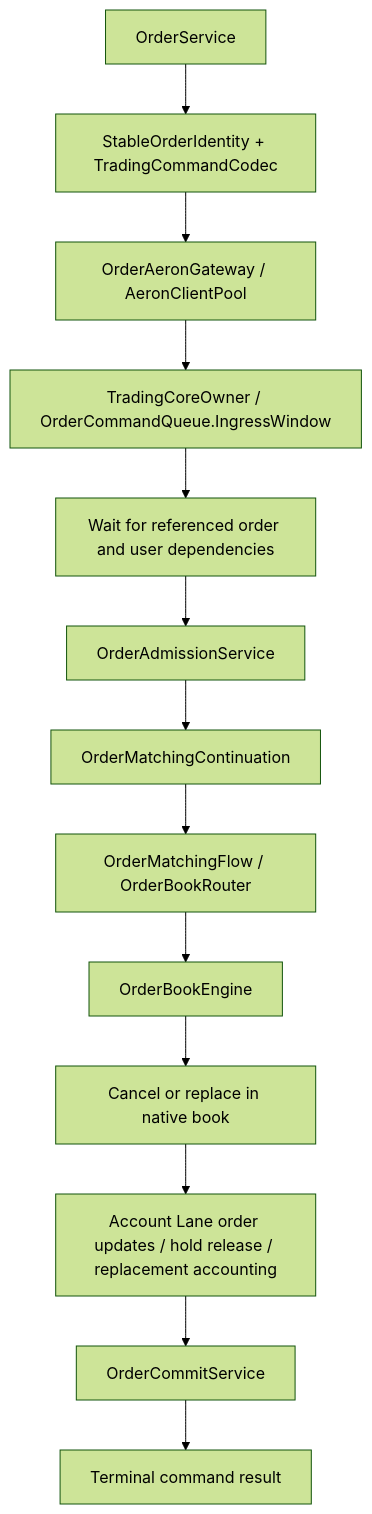
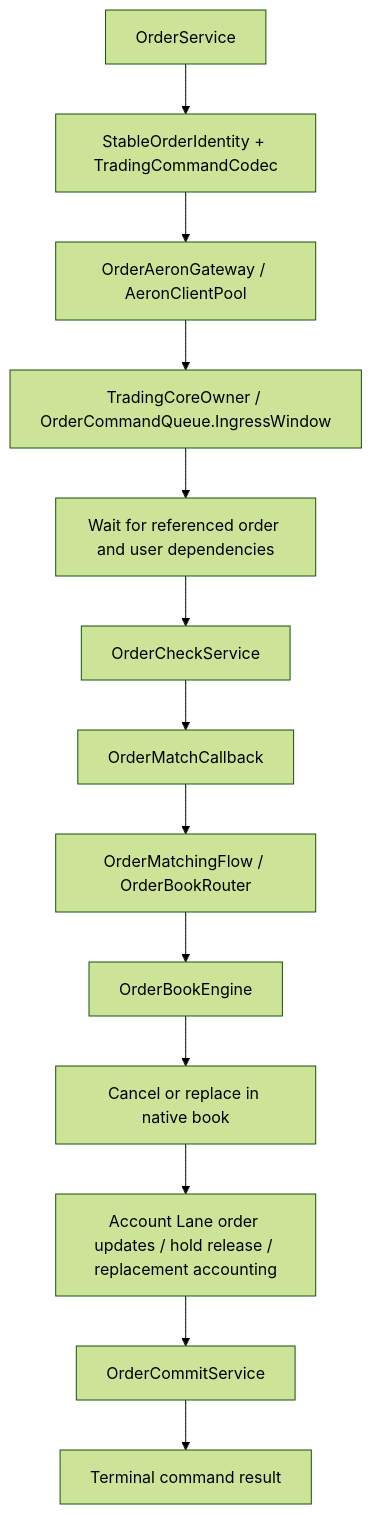
One commit to lilaizhencn/surprising-ex changed the fifth of 15 diagrams in README.md. Above: the diagram before and after it, drawn with Mermaid (forest theme). The commit also changed other lines of this file and 329 other files, not shown here.

````diff
--- a/README.md
+++ b/README.md
@@ -161,15 +161,15 @@
 ```mermaid
 flowchart TB
     Service[OrderService] --> Encode[StableOrderIdentity + TradingCommandCodec]
     Encode --> Transport[OrderAeronGateway / AeronClientPool]
     Transport --> Owner[TradingCoreOwner / OrderCommandQueue.IngressWindow]
     Owner --> Dependency[Wait for referenced order and user dependencies]
-    Dependency --> Admission[OrderAdmissionService]
-    Admission --> Slot[OrderMatchingContinuation]
+    Dependency --> Admission[OrderCheckService]
+    Admission --> Slot[OrderMatchCallback]
     Slot --> Matching[OrderMatchingFlow / OrderBookRouter]
     Matching --> Adapter[OrderBookEngine]
     Adapter --> Book[Cancel or replace in native book]
     Book --> Lane[Account Lane order updates / hold release / replacement accounting]
     Lane --> Commit[OrderCommitService]
     Commit --> Result[Terminal command result]
 ```
````
